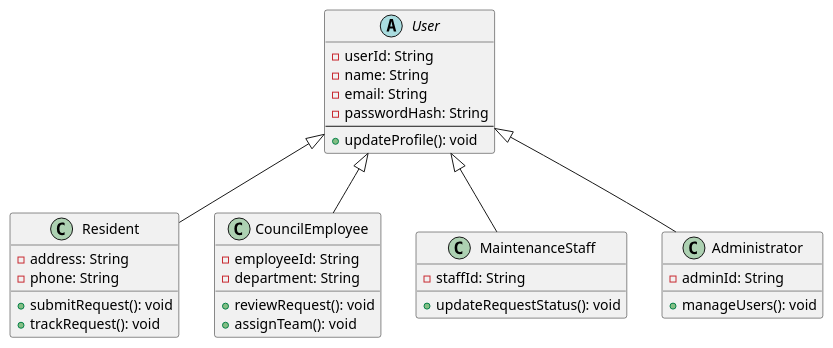
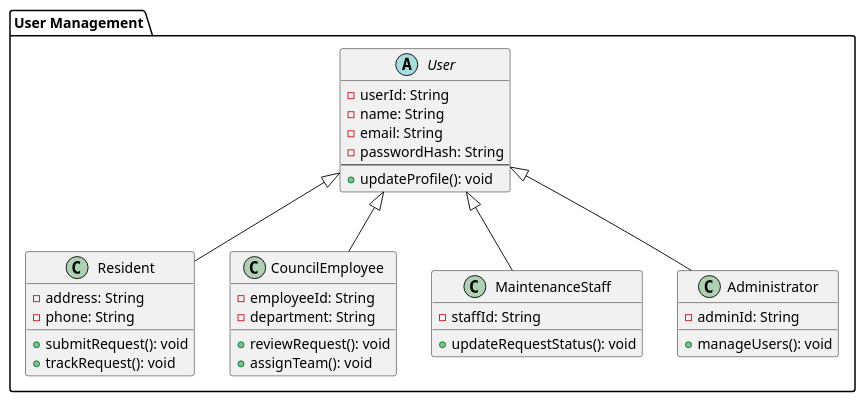
The diagram in docs/uml/modules/user-management.puml (gg-sajanbasnet/ICT602-MEL_S2_2026-1), drawn with PlantUML before and after one commit. The commit also changed 3 other files, not shown here.

Commit message:
refactor(uml): organize service request and facility booking into packages

```diff
--- a/docs/uml/modules/user-management.puml
+++ b/docs/uml/modules/user-management.puml
@@ -1,46 +1,41 @@
+package "User Management" {
 
-' =========================================
-' USER MANAGEMENT MODULE
-' =========================================
+  abstract class User {
+    - userId: String
+    - name: String
+    - email: String
+    - passwordHash: String
+    --
+    + updateProfile(): void
+  }
 
-abstract class User {
-  - userId: String
-  - name: String
-  - email: String
-  - passwordHash: String
-  --
-  + updateProfile(): void
+  class Resident {
+    - address: String
+    - phone: String
+    + submitRequest(): void
+    + trackRequest(): void
+  }
+
+  class CouncilEmployee {
+    - employeeId: String
+    - department: String
+    + reviewRequest(): void
+    + assignTeam(): void
+  }
+
+  class MaintenanceStaff {
+    - staffId: String
+    + updateRequestStatus(): void
+  }
+
+  class Administrator {
+    - adminId: String
+    + manageUsers(): void
+  }
 }
 
-class Resident {
-  - address: String
-  - phone: String
-  + submitRequest(): void
-  + trackRequest(): void
-}
-
-class CouncilEmployee {
-  - employeeId: String
-  - department: String
-  + reviewRequest(): void
-  + assignTeam(): void
-}
-
-class MaintenanceStaff {
-  - staffId: String
-  + updateRequestStatus(): void
-}
-
-class Administrator {
-  - adminId: String
-  + manageUsers(): void
-}
-
-' =========================================
-' INHERITANCE RELATIONSHIPS
-' =========================================
-
+' Inheritance relationships
 User <|-- Resident
 User <|-- CouncilEmployee
 User <|-- MaintenanceStaff
 User <|-- Administrator
```
